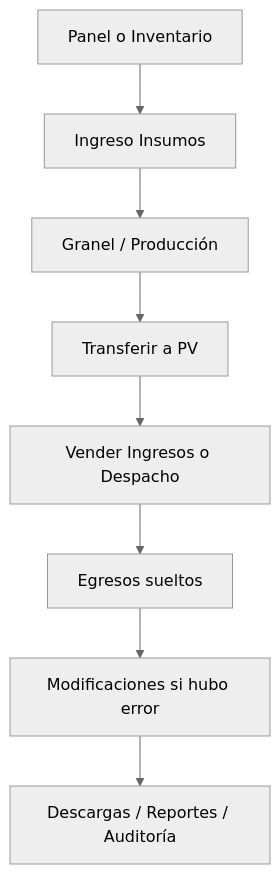
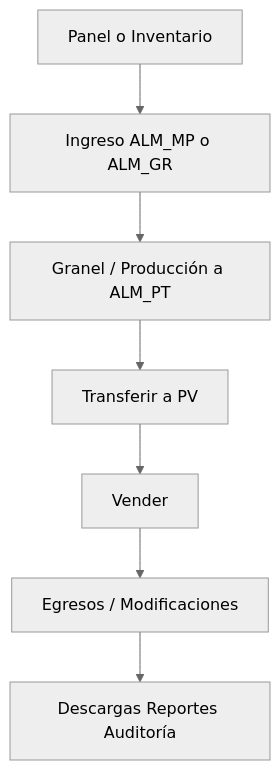
The fifth of 5 diagrams in docs/01_manual_usuario_cliente_web.md (viziasac/web_bodegasantamaria), drawn with Mermaid (neutral theme) before and after one commit. The commit also changed other lines of this file and 8 other files, not shown here.

````diff
--- a/docs/01_manual_usuario_cliente_web.md
+++ b/docs/01_manual_usuario_cliente_web.md
@@ -421,10 +295,9 @@
 ```mermaid
 flowchart TD
-  A[Panel o Inventario] --> B[Ingreso Insumos]
-  B --> C[Granel / Producción]
+  A[Panel o Inventario] --> B[Ingreso ALM_MP o ALM_GR]
+  B --> C[Granel / Producción a ALM_PT]
   C --> D[Transferir a PV]
-  D --> E[Vender Ingresos o Despacho]
-  E --> F[Egresos sueltos]
-  F --> G[Modificaciones si hubo error]
-  G --> H[Descargas / Reportes / Auditoría]
+  D --> E[Vender]
+  E --> F[Egresos / Modificaciones]
+  F --> G[Descargas Reportes Auditoría]
 ```
````
